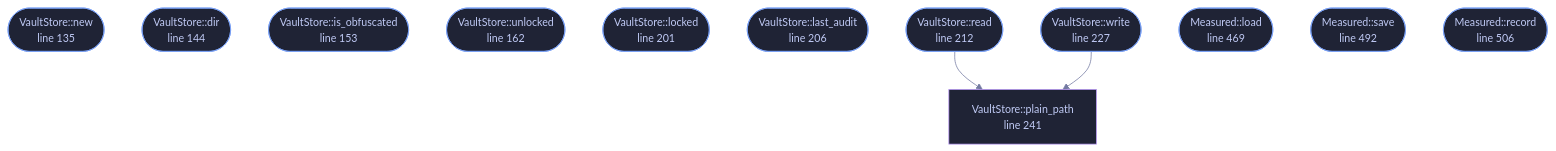
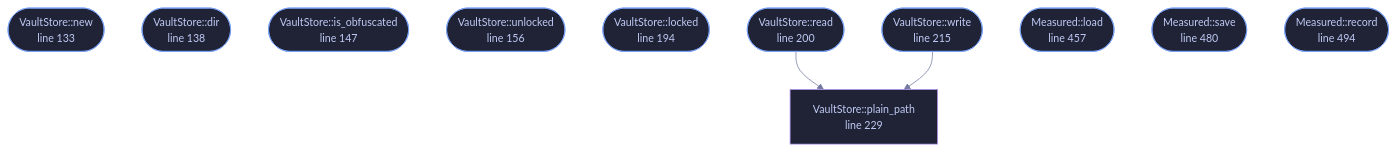
The diagram in docs/files/veilvoice-gui/vault_store.md (tilas01/veilvoice), drawn with Mermaid before and after one commit. The commit also changed other lines of this file and 59 other files, not shown here.

````diff
--- a/docs/files/veilvoice-gui/vault_store.md
+++ b/docs/files/veilvoice-gui/vault_store.md
@@ -116,34 +115,32 @@
 ```mermaid
 %%{init: {"theme":"base","themeVariables":{"background":"#1a1b26","primaryColor":"#1f2335","primaryTextColor":"#c0caf5","primaryBorderColor":"#7aa2f7","secondaryColor":"#16161e","tertiaryColor":"#16161e","lineColor":"#737aa2","textColor":"#c0caf5","mainBkg":"#1f2335","nodeBorder":"#7aa2f7","clusterBkg":"#16161e","clusterBorder":"#2f3549","fontFamily":"ui-monospace, SFMono-Regular, Consolas, monospace","fontSize":"14px"}}}%%
 flowchart TD
-    n_new(["VaultStore::new<br/>line 135"])
-    n_dir(["VaultStore::dir<br/>line 144"])
-    n_is_obfuscated(["VaultStore::is_obfuscated<br/>line 153"])
-    n_unlocked(["VaultStore::unlocked<br/>line 162"])
-    n_locked(["VaultStore::locked<br/>line 201"])
-    n_last_audit(["VaultStore::last_audit<br/>line 206"])
-    n_read(["VaultStore::read<br/>line 212"])
-    n_write(["VaultStore::write<br/>line 227"])
-    n_plain_path["VaultStore::plain_path<br/>line 241"]
-    n_load(["Measured::load<br/>line 469"])
-    n_save(["Measured::save<br/>line 492"])
-    n_record(["Measured::record<br/>line 506"])
+    n_new(["VaultStore::new<br/>line 133"])
+    n_dir(["VaultStore::dir<br/>line 138"])
+    n_is_obfuscated(["VaultStore::is_obfuscated<br/>line 147"])
+    n_unlocked(["VaultStore::unlocked<br/>line 156"])
+    n_locked(["VaultStore::locked<br/>line 194"])
+    n_read(["VaultStore::read<br/>line 200"])
+    n_write(["VaultStore::write<br/>line 215"])
+    n_plain_path["VaultStore::plain_path<br/>line 229"]
+    n_load(["Measured::load<br/>line 457"])
+    n_save(["Measured::save<br/>line 480"])
+    n_record(["Measured::record<br/>line 494"])
     n_read --> n_plain_path
     n_write --> n_plain_path
-    click n_new href "https://github.com/tilas01/veilvoice/blob/main/crates/veilvoice-gui/src/vault_store.rs#L135" "open the source"
-    click n_dir href "https://github.com/tilas01/veilvoice/blob/main/crates/veilvoice-gui/src/vault_store.rs#L144" "open the source"
-    click n_is_obfuscated href "https://github.com/tilas01/veilvoice/blob/main/crates/veilvoice-gui/src/vault_store.rs#L153" "open the source"
-    click n_unlocked href "https://github.com/tilas01/veilvoice/blob/main/crates/veilvoice-gui/src/vault_store.rs#L162" "open the source"
-    click n_locked href "https://github.com/tilas01/veilvoice/blob/main/crates/veilvoice-gui/src/vault_store.rs#L201" "open the source"
-    click n_last_audit href "https://github.com/tilas01/veilvoice/blob/main/crates/veilvoice-gui/src/vault_store.rs#L206" "open the source"
-    click n_read href "https://github.com/tilas01/veilvoice/blob/main/crates/veilvoice-gui/src/vault_store.rs#L212" "open the source"
-    click n_write href "https://github.com/tilas01/veilvoice/blob/main/crates/veilvoice-gui/src/vault_store.rs#L227" "open the source"
-    click n_plain_path href "https://github.com/tilas01/veilvoice/blob/main/crates/veilvoice-gui/src/vault_store.rs#L241" "open the source"
-    click n_load href "https://github.com/tilas01/veilvoice/blob/main/crates/veilvoice-gui/src/vault_store.rs#L469" "open the source"
-    click n_save href "https://github.com/tilas01/veilvoice/blob/main/crates/veilvoice-gui/src/vault_store.rs#L492" "open the source"
-    click n_record href "https://github.com/tilas01/veilvoice/blob/main/crates/veilvoice-gui/src/vault_store.rs#L506" "open the source"
+    click n_new href "https://github.com/tilas01/veilvoice/blob/main/crates/veilvoice-gui/src/vault_store.rs#L133" "open the source"
+    click n_dir href "https://github.com/tilas01/veilvoice/blob/main/crates/veilvoice-gui/src/vault_store.rs#L138" "open the source"
+    click n_is_obfuscated href "https://github.com/tilas01/veilvoice/blob/main/crates/veilvoice-gui/src/vault_store.rs#L147" "open the source"
+    click n_unlocked href "https://github.com/tilas01/veilvoice/blob/main/crates/veilvoice-gui/src/vault_store.rs#L156" "open the source"
+    click n_locked href "https://github.com/tilas01/veilvoice/blob/main/crates/veilvoice-gui/src/vault_store.rs#L194" "open the source"
+    click n_read href "https://github.com/tilas01/veilvoice/blob/main/crates/veilvoice-gui/src/vault_store.rs#L200" "open the source"
+    click n_write href "https://github.com/tilas01/veilvoice/blob/main/crates/veilvoice-gui/src/vault_store.rs#L215" "open the source"
+    click n_plain_path href "https://github.com/tilas01/veilvoice/blob/main/crates/veilvoice-gui/src/vault_store.rs#L229" "open the source"
+    click n_load href "https://github.com/tilas01/veilvoice/blob/main/crates/veilvoice-gui/src/vault_store.rs#L457" "open the source"
+    click n_save href "https://github.com/tilas01/veilvoice/blob/main/crates/veilvoice-gui/src/vault_store.rs#L480" "open the source"
+    click n_record href "https://github.com/tilas01/veilvoice/blob/main/crates/veilvoice-gui/src/vault_store.rs#L494" "open the source"
     classDef entry fill:#1f2335,stroke:#7aa2f7,color:#c0caf5
-    class n_new,n_dir,n_is_obfuscated,n_unlocked,n_locked,n_last_audit,n_read,n_write,n_load,n_save,n_record entry
+    class n_new,n_dir,n_is_obfuscated,n_unlocked,n_locked,n_read,n_write,n_load,n_save,n_record entry
     classDef helper fill:#1f2335,stroke:#bb9af7,color:#c0caf5
     class n_plain_path helper
 ```
````
